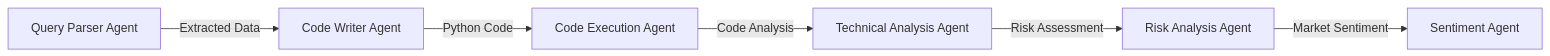
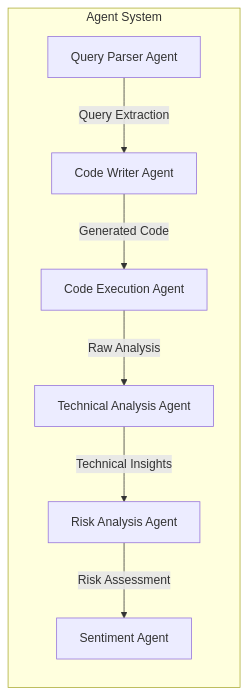
One commit to thuyvinhdinh175/Quant-Agentic-AI changed the third of 6 diagrams in README.md. Above: the diagram before and after it, drawn with Mermaid. The commit also changed other lines of this file, not shown here.

````diff
--- a/README.md
+++ b/README.md
@@ -39,8 +44,18 @@
 ```mermaid
 flowchart LR
-    C[Query Parser Agent] -->|Extracted Data| D[Code Writer Agent]
-    D -->|Python Code| E[Code Execution Agent]
-    E -->|Code Analysis| F[Technical Analysis Agent]
-    F -->|Risk Assessment| G[Risk Analysis Agent]
-    G -->|Market Sentiment| H[Sentiment Agent]
+    QueryAgent["Query Parser Agent"] -->|"Query Extraction"| CodeAgent["Code Writer Agent"]
+    CodeAgent -->|"Generated Code"| ExecAgent["Code Execution Agent"]
+    ExecAgent -->|"Raw Analysis"| TechAgent["Technical Analysis Agent"]
+    TechAgent -->|"Technical Insights"| RiskAgent["Risk Analysis Agent"]
+    RiskAgent -->|"Risk Assessment"| SentimentAgent["Sentiment Agent"]
+    
+    %% Common terminology with main diagram
+    subgraph Agents["Agent System"]
+        QueryAgent
+        CodeAgent
+        ExecAgent
+        TechAgent
+        RiskAgent
+        SentimentAgent
+    end
 ```
````
